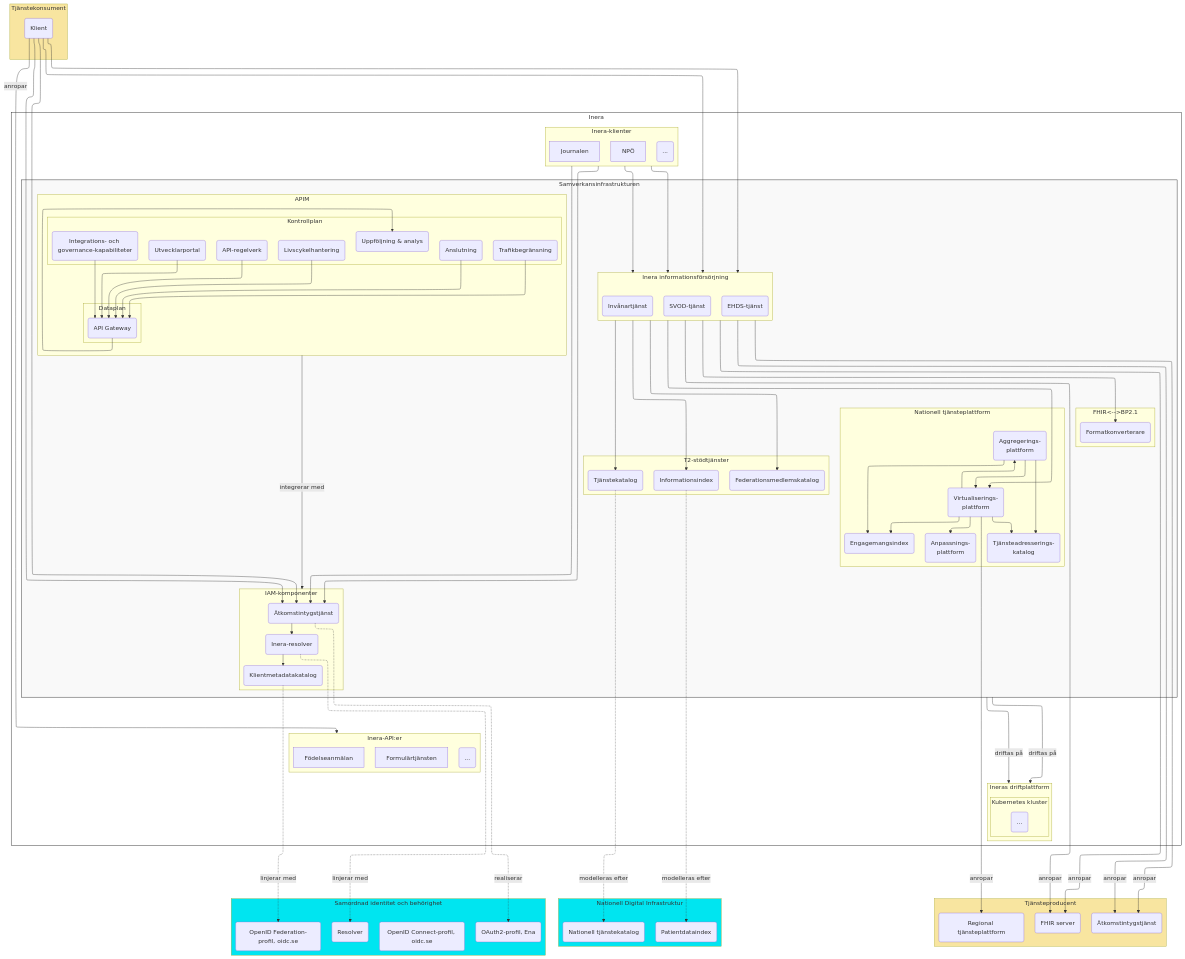
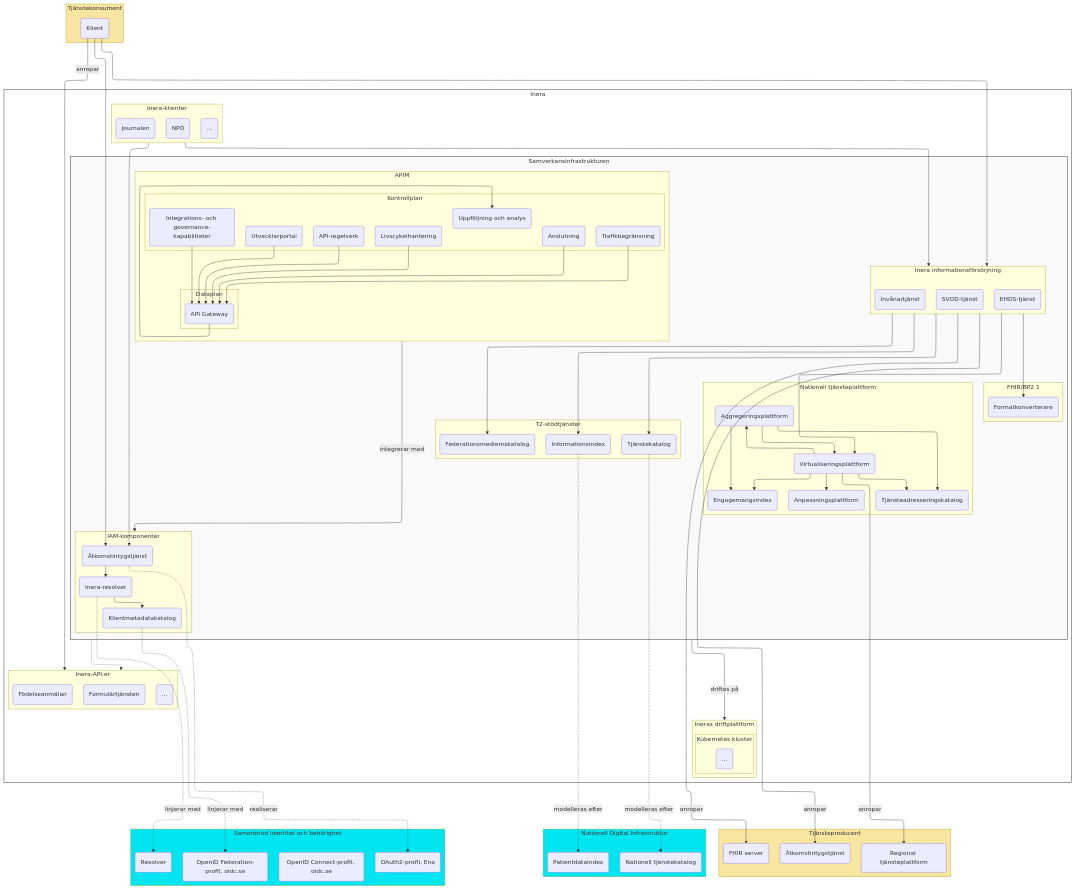
One commit to anders-malmros-inera/t2mmd changed the second of 2 diagrams in T2-krav/solution.md. Above: the diagram before and after it, drawn with Mermaid.

Commit message:
Refactor solution architecture in solution.md: enhance diagram clarity by standardizing component naming and improving formatting

````diff
--- a/T2-krav/solution.md
+++ b/T2-krav/solution.md
@@ -44,43 +44,42 @@
 
 subgraph i[Inera]
     subgraph itk[Inera-klienter]
-        NPÖ
-        mmm(...)
-        Journalen
+        npo(NPÖ)
+        itkmm(...)
+        journalen(Journalen)
     end
 
     subgraph si[Samverkansinfrastrukturen]
-
         subgraph siit[Inera informationsförsörjning]
             svodc(SVOD-tjänst)
             ehdsc(EHDS-tjänst)
             jc(Invånartjänst)
         end
-    
+
         subgraph si1[T2-stödtjänster]
             sitk(Tjänstekatalog)
             siii(Informationsindex)
             sifmk(Federationsmedlemskatalog)
         end
-    
-        subgraph si2[FHIR<-->BP2.1]
+
+        subgraph si2[FHIR/BP2.1]
             sifk(Formatkonverterare)
         end
-    
+
         subgraph siiam[IAM-komponenter]
             sias(Åtkomstintygstjänst)
             sikk(Klientmetadatakatalog)
             sir(Inera-resolver)
         end
-    
+
         subgraph ntjp[Nationell tjänsteplattform]
-            vp(Virtualiserings-<br>plattform)
-            ag(Aggregerings-<br>plattform)
-            anp(Anpassnings-<br>plattform)
+            vp(Virtualiseringsplattform)
+            ag(Aggregeringsplattform)
+            anp(Anpassningsplattform)
             ei(Engagemangsindex)
-            tak(Tjänsteadresserings-<br>katalog)
+            tak(Tjänsteadresseringskatalog)
         end
-    
+
         subgraph apim[APIM]
             subgraph dp[Dataplan]
                 gw(API Gateway)
@@ -88,20 +87,27 @@
             subgraph cp[Kontrollplan]
                 cp1(Utvecklarportal)
                 cp2(API-regelverk)
-                cp3(Uppföljning & analys)
+                cp3(Uppföljning och analys)
                 cp4(Livscykelhantering)
                 cp5(Anslutning)
                 cp6(Trafikbegränsning)
-                cp7(Integrations- och governance‑kapabiliteter)
+                cp7(Integrations- och governance-kapabiliteter)
             end
         end
-    
+
+        cp1 --> gw
+        cp2 --> gw
+        cp4 --> gw
+        cp5 --> gw
+        cp6 --> gw
+        cp7 --> gw
+        gw --> cp3
     end
 
     subgraph itp[Inera-API:er]
-        Formulärtjänsten
-        mm(...)
-        Födelseanmälan
+        formular(Formulärtjänsten)
+        itpmm(...)
+        fodelse(Födelseanmälan)
     end
 
     subgraph drift[Ineras driftplattform]
@@ -109,7 +115,6 @@
             s(...)
         end
     end
-
 end
 
 subgraph tk[Tjänstekonsument]
@@ -121,7 +126,6 @@
     tprtp(Regional tjänsteplattform)
     tpfs(FHIR server)
 end
-
 
 subgraph ndi[Nationell Digital Infrastruktur]
     ntk(Nationell tjänstekatalog)
@@ -135,31 +139,36 @@
     of(OpenID Federation-profil, oidc.se)
 end
 
-cp1 & cp2 & cp4 & cp5 & cp6 & cp7 -->gw -->cp3
-sias -. realiserar .-> o2
-sitk -. modelleras efter .-> ntk
-siii -. modelleras efter .-> pdi
-sikk -. linjerar med .-> of
-sir -. linjerar med .-> res
-sias --> sir --> sikk
-ag --> vp & ei & tak
-vp --> anp & ag & ei & tak
-siit --> vp  & siii & sifk & sifmk & sitk
-vp -- anropar --> tprtp
-si -- driftas på --> drift 
-tkc & itk --> siit -- anropar --> tpas & tpfs
-tkc & itk --> sias
-tkc -- anropar --> itp
-si ~~~ itp
-apim -- integrerar med --> siiam
-si -- driftas på --> drift 
+sias -. "realiserar" .-> o2
+sitk -. "modelleras efter" .-> ntk
+siii -. "modelleras efter" .-> pdi
+sikk -. "linjerar med" .-> of
+sir -. "linjerar med" .-> res
+sias --> sir
+sir --> sikk
+ag --> vp
+ag --> ei
+ag --> tak
+vp --> anp
+vp --> ag
+vp --> ei
+vp --> tak
+siit --> vp
+siit --> siii
+siit --> sifk
+siit --> sifmk
+siit --> sitk
+vp -- "anropar" --> tprtp
+si -- "driftas på" --> drift
 tkc --> siit
 itk --> siit
-siit -- anropar --> tpas
-siit -- anropar --> tpfs
+siit -- "anropar" --> tpas
+siit -- "anropar" --> tpfs
 tkc --> sias
 itk --> sias
-si ~~~ itp
+tkc -- "anropar" --> itp
+si -.-> itp
+apim -- "integrerar med" --> siiam
 
 style i fill:#ffffff,stroke:#000000
 style si fill:#f9f9f9,stroke:#000000
@@ -169,5 +178,4 @@
 style ndi fill:#00E5F0
 style sib fill:#00E5F0
 
-
 ```
````
